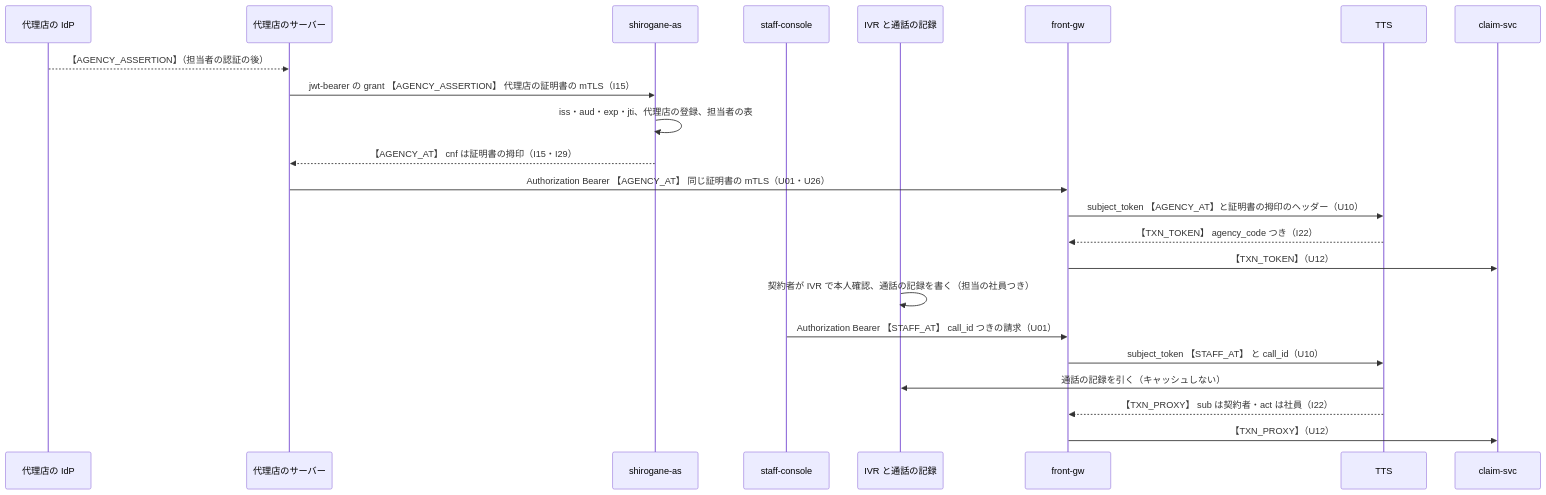
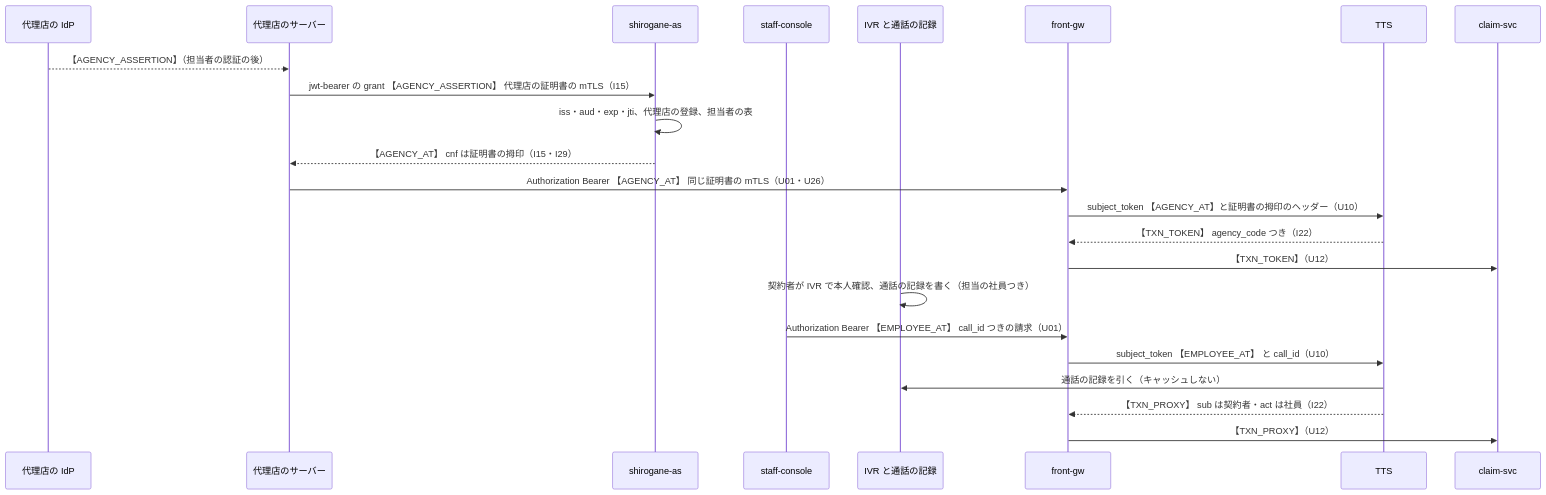
Before and after one commit to Takenori-Kusaka/jwt-claims-guide: the third of 4 diagrams in research/template-design/calibration/set2/control-d/design.md, drawn with Mermaid. The commit also changed other lines of this file and 22 other files, not shown here.

````diff
--- a/research/template-design/calibration/set2/control-d/design.md
+++ b/research/template-design/calibration/set2/control-d/design.md
@@ -543,25 +566,25 @@
 ```mermaid
 sequenceDiagram
   participant AI as 代理店の IdP
   participant AS as 代理店のサーバー
   participant SA as shirogane-as
   participant S as staff-console
   participant I as IVR と通話の記録
   participant G as front-gw
   participant T as TTS
   participant C as claim-svc
   AI-->>AS: 【AGENCY_ASSERTION】（担当者の認証の後）
   AS->>SA: jwt-bearer の grant 【AGENCY_ASSERTION】 代理店の証明書の mTLS（I15）
   SA->>SA: iss・aud・exp・jti、代理店の登録、担当者の表
   SA-->>AS: 【AGENCY_AT】 cnf は証明書の拇印（I15・I29）
   AS->>G: Authorization Bearer 【AGENCY_AT】 同じ証明書の mTLS（U01・U26）
   G->>T: subject_token 【AGENCY_AT】と証明書の拇印のヘッダー（U10）
   T-->>G: 【TXN_TOKEN】 agency_code つき（I22）
   G->>C: 【TXN_TOKEN】（U12）
   I->>I: 契約者が IVR で本人確認、通話の記録を書く（担当の社員つき）
-  S->>G: Authorization Bearer 【STAFF_AT】 call_id つきの請求（U01）
-  G->>T: subject_token 【STAFF_AT】 と call_id（U10）
+  S->>G: Authorization Bearer 【EMPLOYEE_AT】 call_id つきの請求（U01）
+  G->>T: subject_token 【EMPLOYEE_AT】 と call_id（U10）
   T->>I: 通話の記録を引く（キャッシュしない）
   T-->>G: 【TXN_PROXY】 sub は契約者・act は社員（I22）
   G->>C: 【TXN_PROXY】（U12）
 ```
````
